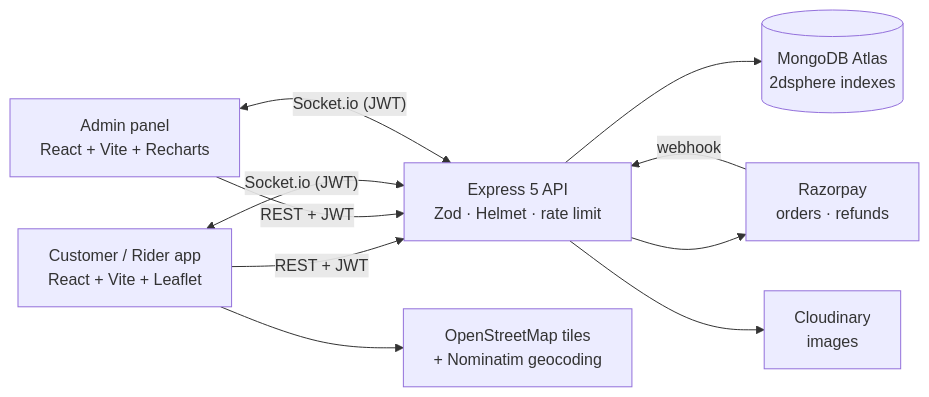
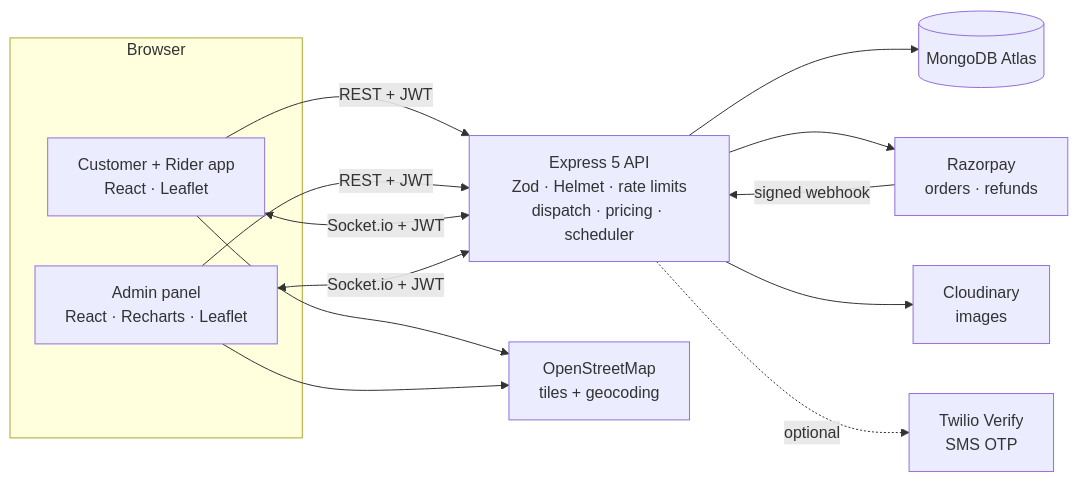
One commit to SHARMI-P/hungrybirds changed the diagram in README.md. Above: the diagram before and after it, drawn with Mermaid. The commit also changed other lines of this file, not shown here.

````diff
--- a/README.md
+++ b/README.md
@@ -52,12 +183,18 @@
 ```mermaid
 flowchart LR
-  C[Customer / Rider app<br/>React + Vite + Leaflet] -- REST + JWT --> API
-  A[Admin panel<br/>React + Vite + Recharts] -- REST + JWT --> API
-  C <-- Socket.io (JWT) --> API
-  A <-- Socket.io (JWT) --> API
-  API[Express 5 API<br/>Zod · Helmet · rate limit] --> DB[(MongoDB Atlas<br/>2dsphere indexes)]
+  subgraph Browser
+    C[Customer + Rider app<br/>React · Leaflet]
+    A[Admin panel<br/>React · Recharts · Leaflet]
+  end
+  C -- REST + JWT --> API
+  A -- REST + JWT --> API
+  C <-- Socket.io + JWT --> API
+  A <-- Socket.io + JWT --> API
+  API[Express 5 API<br/>Zod · Helmet · rate limits<br/>dispatch · pricing · scheduler] --> DB[(MongoDB Atlas)]
   API --> RZ[Razorpay<br/>orders · refunds]
-  RZ -- webhook --> API
+  RZ -- signed webhook --> API
   API --> CL[Cloudinary<br/>images]
-  C --> OSM[OpenStreetMap tiles<br/>+ Nominatim geocoding]
+  API -. optional .-> TW[Twilio Verify<br/>SMS OTP]
+  C --> OSM[OpenStreetMap<br/>tiles + geocoding]
+  A --> OSM
 ```
````
